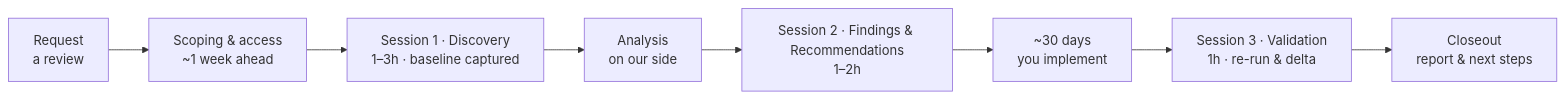
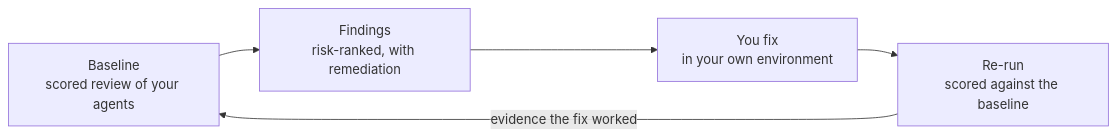
One commit to microsoft/AI-Solution-Review changed the diagram in README.md. Above: the diagram before and after it, drawn with Mermaid. The commit also changed other lines of this file and 1 other file, not shown here.

First line of the commit message:
Rewrite README around the review and the Agent Review Center

````diff
--- a/README.md
+++ b/README.md
@@ -55,10 +25,7 @@
 ```mermaid
 flowchart LR
-    R["Request<br/>a review"] --> P["Scoping & access<br/>~1 week ahead"]
-    P --> S1["Session 1 · Discovery<br/>1–3h · baseline captured"]
-    S1 --> A["Analysis<br/>on our side"]
-    A --> S2["Session 2 · Findings & Recommendations<br/>1–2h"]
-    S2 --> G["~30 days<br/>you implement"]
-    G --> S3["Session 3 · Validation<br/>1h · re-run & delta"]
-    S3 --> C["Closeout<br/>report & next steps"]
+    B["Baseline<br/>scored review of your agents"] --> F["Findings<br/>risk-ranked, with remediation"]
+    F --> X["You fix<br/>in your own environment"]
+    X --> R["Re-run<br/>scored against the baseline"]
+    R -->|"evidence the fix worked"| B
 ```
````
